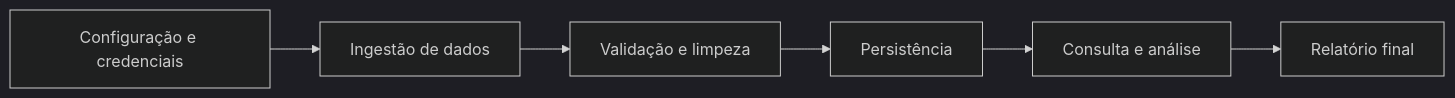
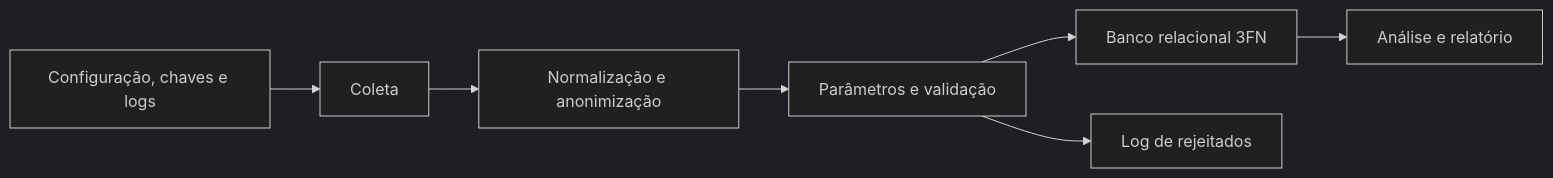
The diagram in docs/arquitetura.md (campagsi/data-science-ia), drawn with Mermaid (dark theme) before and after one commit. The commit also changed other lines of this file and 42 other files, not shown here.

First line of the commit message:
persistência idempotente no modelo 3FN e FONTE_DADOS

````diff
--- a/docs/arquitetura.md
+++ b/docs/arquitetura.md
@@ -156,8 +17,9 @@
 ```mermaid
 flowchart LR
-    A[Configuração e credenciais] --> B[Ingestão de dados]
-    B --> C[Validação e limpeza]
-    C --> D[Persistência]
-    D --> E[Consulta e análise]
-    E --> F[Relatório final]
+    A[Configuração, chaves e logs] --> B[Coleta]
+    B --> C[Normalização e anonimização]
+    C --> D[Parâmetros e validação]
+    D --> E[Banco relacional 3FN]
+    D --> L[Log de rejeitados]
+    E --> G[Análise e relatório]
 ```
````
